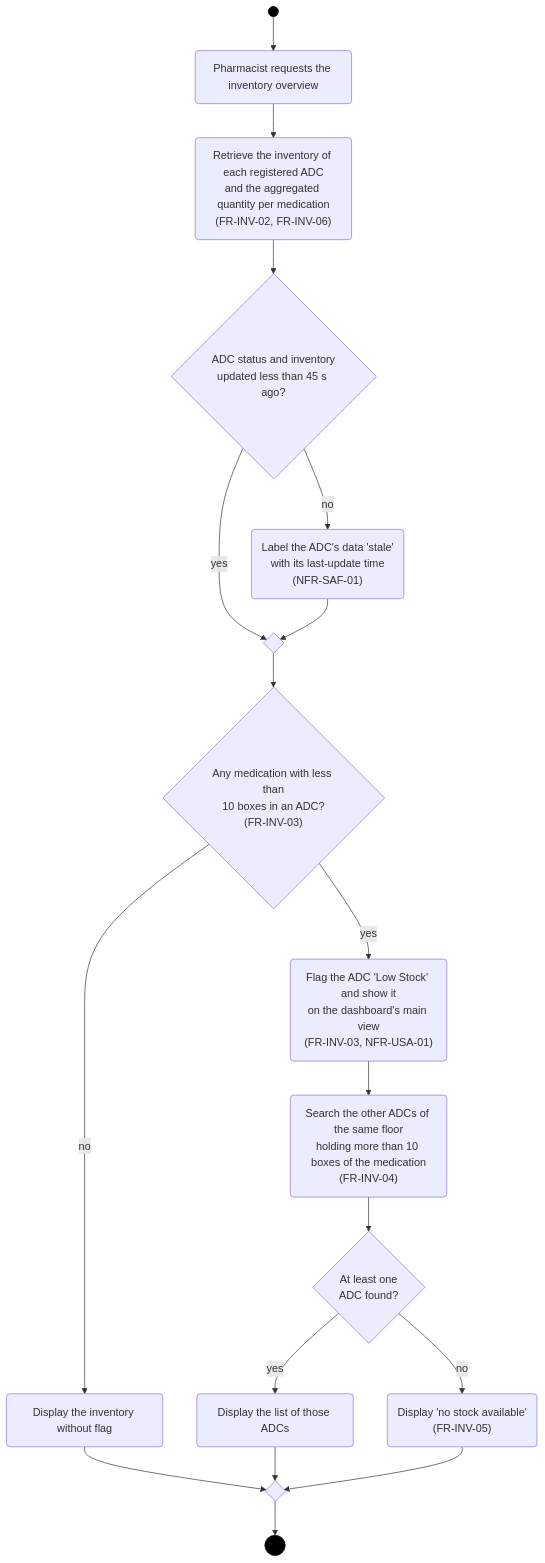
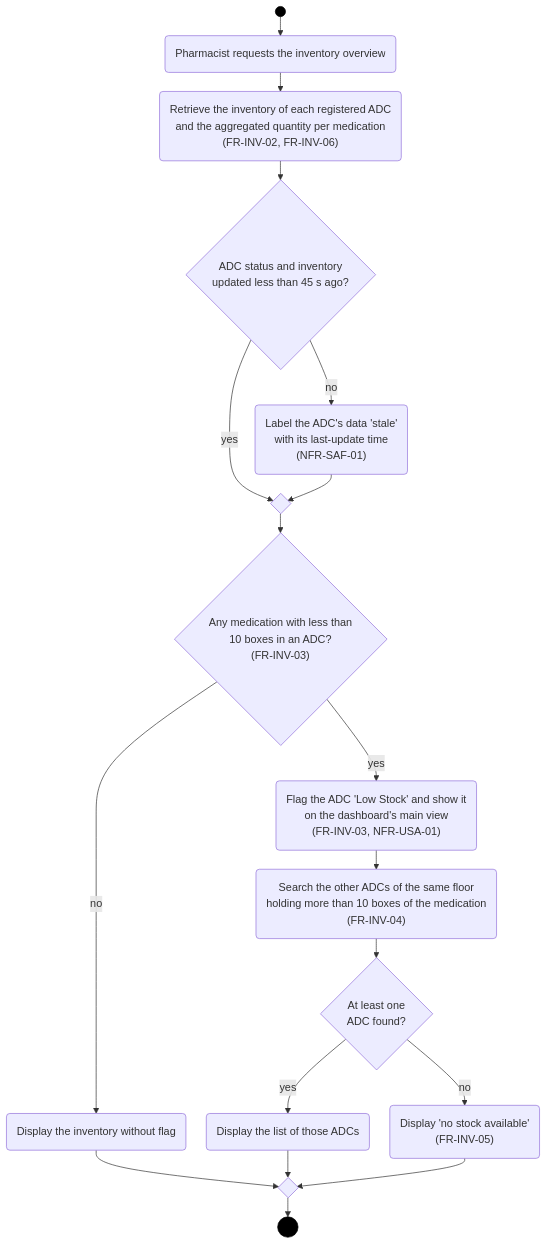
One commit to LukaMrt/3K04-project changed the first of 4 diagrams in docs/part-b/deliverable-1/diagrams/activity-diagram.md. Above: the diagram before and after it, drawn with Mermaid. The commit also changed other lines of this file and 9 other files, not shown here.

````diff
--- a/docs/part-b/deliverable-1/diagrams/activity-diagram.md
+++ b/docs/part-b/deliverable-1/diagrams/activity-diagram.md
@@ -5,25 +9,26 @@
 ```mermaid
+%%{init: {"flowchart": {"wrappingWidth": 600, "rankSpacing": 28, "nodeSpacing": 30}}}%%
 flowchart TD
     Start((" ")) --> Request("Pharmacist requests the inventory overview")
     Request --> Retrieve("Retrieve the inventory of each registered ADC<br/>and the aggregated quantity per medication<br/>(FR-INV-02, FR-INV-06)")
     Retrieve --> Fresh{"ADC status and inventory<br/>updated less than 45 s ago?"}
     Fresh -- "no" --> Stale("Label the ADC's data 'stale'<br/>with its last-update time<br/>(NFR-SAF-01)")
     Fresh -- "yes" --> M1{" "}
     Stale --> M1
     M1 --> Low{"Any medication with less than<br/>10 boxes in an ADC?<br/>(FR-INV-03)"}
     Low -- "no" --> ShowAll("Display the inventory without flag")
     Low -- "yes" --> Flag("Flag the ADC 'Low Stock' and show it<br/>on the dashboard's main view<br/>(FR-INV-03, NFR-USA-01)")
     Flag --> Search("Search the other ADCs of the same floor<br/>holding more than 10 boxes of the medication<br/>(FR-INV-04)")
     Search --> Found{"At least one<br/>ADC found?"}
     Found -- "yes" --> List("Display the list of those ADCs")
     Found -- "no" --> NoStock("Display 'no stock available'<br/>(FR-INV-05)")
     ShowAll --> M2{" "}
     List --> M2
     NoStock --> M2
     M2 --> End(((" ")))
 
     classDef initial fill:#000,stroke:#000;
     classDef final fill:#000,stroke:#000;
     class Start initial;
     class End final;
 ```
````
